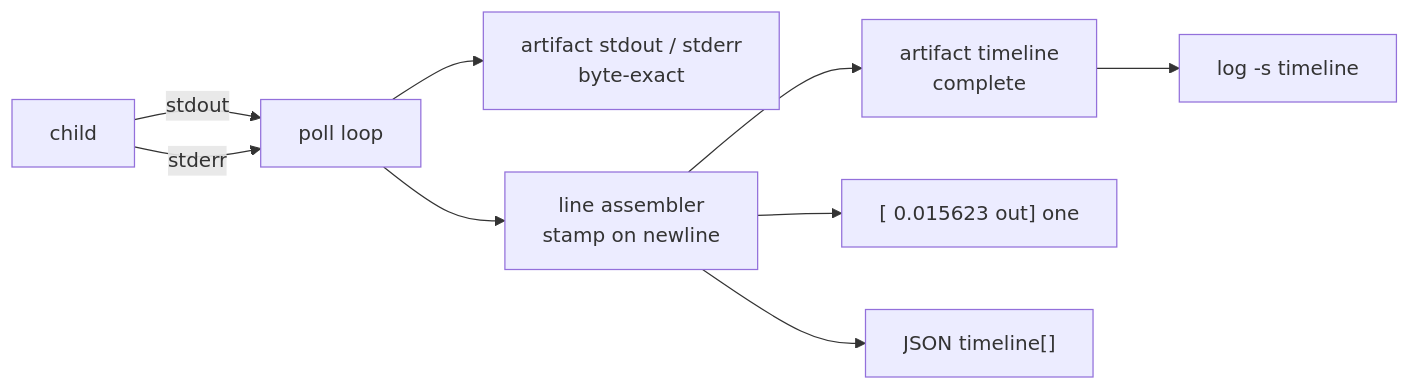
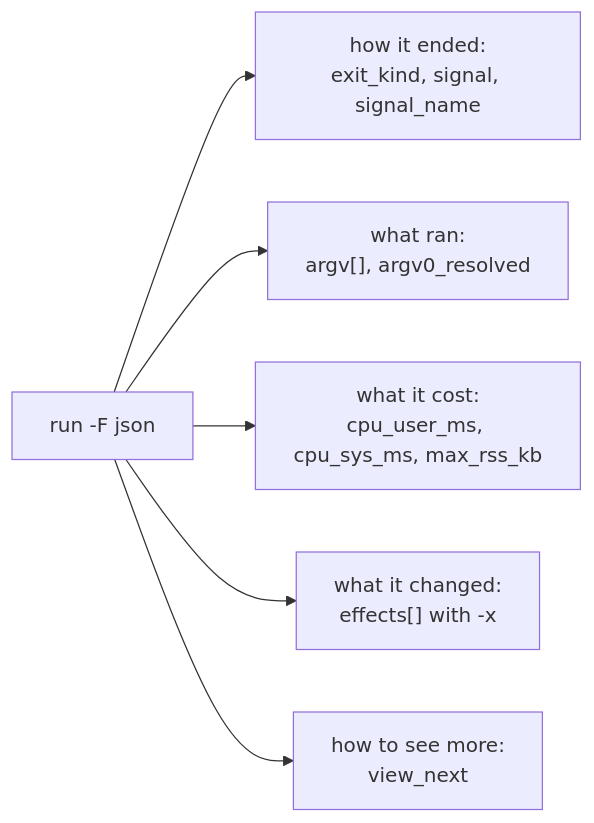
The diagram in docs/instructions/run-t-and-sh-timestamps-stamp-each-line-and-interleave-both.md (rob-c/busybox-static), drawn with Mermaid before and after one commit. The commit also changed other lines of this file and 48 other files, not shown here.

````diff
--- a/docs/instructions/run-t-and-sh-timestamps-stamp-each-line-and-interleave-both.md
+++ b/docs/instructions/run-t-and-sh-timestamps-stamp-each-line-and-interleave-both.md
@@ -11,11 +11,8 @@
 ```mermaid
 flowchart LR
-  A["child"] -->|stdout| P["poll loop"]
-  A -->|stderr| P
-  P --> B["artifact stdout / stderr<br/>byte-exact"]
-  P --> D["line assembler<br/>stamp on newline"]
-  D --> F["artifact timeline<br/>complete"]
-  D --> E["[  0.015623 out] one"]
-  D --> G["JSON timeline[]"]
-  F --> H["log -s timeline"]
+  A["run -F json"] --> B["how it ended:<br/>exit_kind, signal, signal_name"]
+  A --> C["what ran:<br/>argv[], argv0_resolved"]
+  A --> D["what it cost:<br/>cpu_user_ms, cpu_sys_ms, max_rss_kb"]
+  A --> E["what it changed:<br/>effects[] with -x"]
+  A --> F["how to see more:<br/>view_next"]
 ```
````
